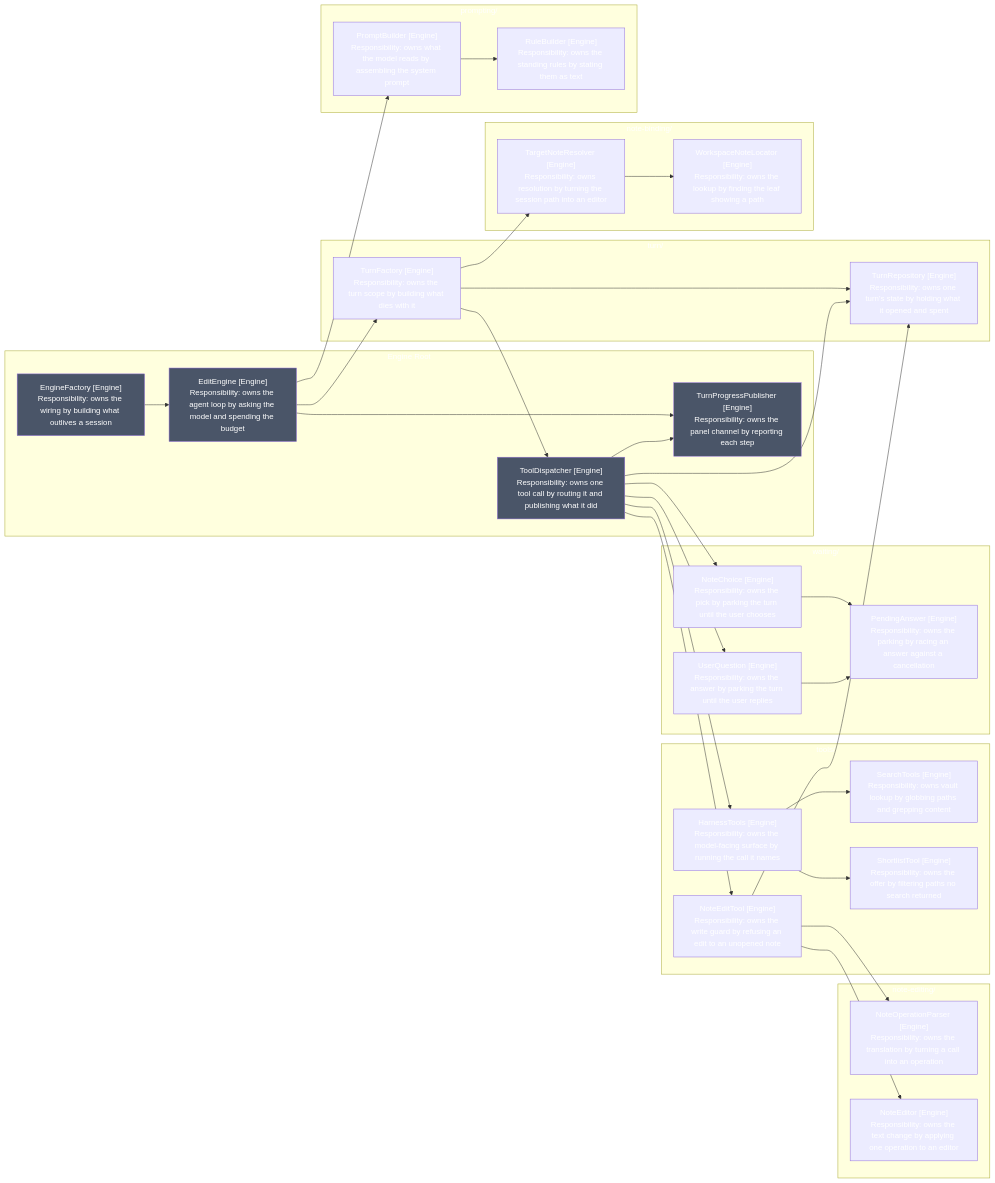
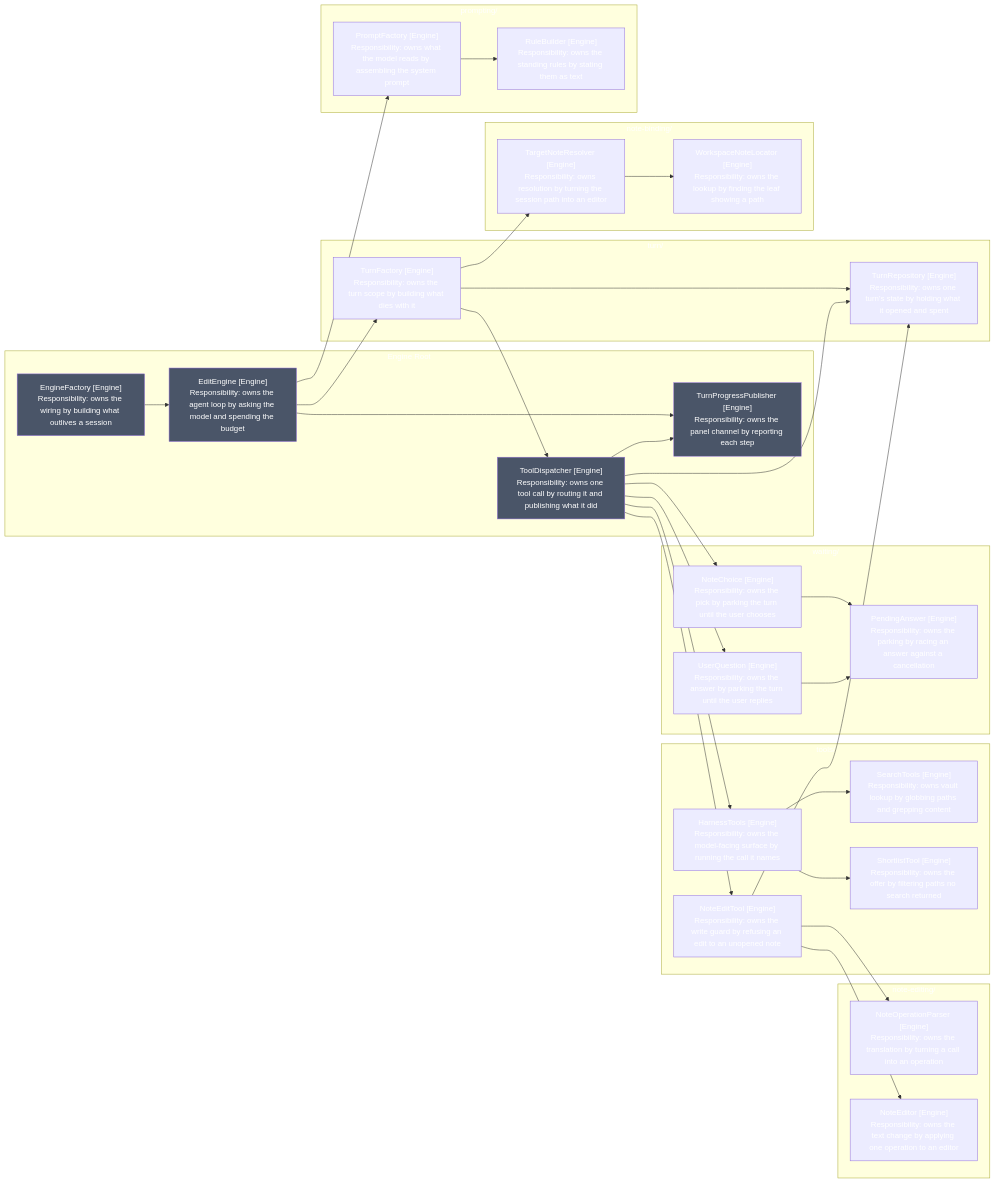
The first of 2 diagrams in docs/spec/15-architecture-cleanup/3-diagram.md (iparips/obsidian-owl), drawn with Mermaid before and after one commit. The commit also changed 26 other files, not shown here.

````diff
--- a/docs/spec/15-architecture-cleanup/3-diagram.md
+++ b/docs/spec/15-architecture-cleanup/3-diagram.md
@@ -5,68 +5,68 @@
 ```mermaid
 flowchart LR
     subgraph Root["Engine Root"]
         EditEngine["EditEngine [Engine]<br/>Responsibility: owns the agent loop by asking the model and spending the budget"]
         ToolDispatcher["ToolDispatcher [Engine]<br/>Responsibility: owns one tool call by routing it and publishing what it did"]
         EngineFactory["EngineFactory [Engine]<br/>Responsibility: owns the wiring by building what outlives a session"]
         Progress["TurnProgressPublisher [Engine]<br/>Responsibility: owns the panel channel by reporting each step"]
     end
 
     subgraph Turn["turn/"]
         TurnFactory["TurnFactory [Engine]<br/>Responsibility: owns the turn scope by building what dies with it"]
         TurnRepository["TurnRepository [Engine]<br/>Responsibility: owns one turn's state by holding what it opened and spent"]
     end
 
     subgraph Tools["tools/"]
         HarnessTools["HarnessTools [Engine]<br/>Responsibility: owns the model-facing surface by running the call it names"]
         SearchTools["SearchTools [Engine]<br/>Responsibility: owns vault lookup by globbing paths and grepping content"]
         ShortlistTool["ShortlistTool [Engine]<br/>Responsibility: owns the offer by filtering paths no search returned"]
         NoteEditTool["NoteEditTool [Engine]<br/>Responsibility: owns the write guard by refusing an edit to an unopened note"]
     end
 
     subgraph Waiting["waiting/"]
         NoteChoice["NoteChoice [Engine]<br/>Responsibility: owns the pick by parking the turn until the user chooses"]
         UserQuestion["UserQuestion [Engine]<br/>Responsibility: owns the answer by parking the turn until the user replies"]
         PendingAnswer["PendingAnswer [Engine]<br/>Responsibility: owns the parking by racing an answer against a cancellation"]
     end
 
     subgraph Editing["note-editing/"]
         NoteOperationParser["NoteOperationParser [Engine]<br/>Responsibility: owns the translation by turning a call into an operation"]
         NoteEditor["NoteEditor [Engine]<br/>Responsibility: owns the text change by applying one operation to an editor"]
     end
 
     subgraph Binding["note-binding/"]
         TargetNoteResolver["TargetNoteResolver [Engine]<br/>Responsibility: owns resolution by turning the session path into an editor"]
         WorkspaceNoteLocator["WorkspaceNoteLocator [Engine]<br/>Responsibility: owns the lookup by finding the leaf showing a path"]
     end
 
     subgraph Prompting["prompting/"]
-        PromptBuilder["PromptBuilder [Engine]<br/>Responsibility: owns what the model reads by assembling the system prompt"]
+        PromptFactory["PromptFactory [Engine]<br/>Responsibility: owns what the model reads by assembling the system prompt"]
         RuleBuilder["RuleBuilder [Engine]<br/>Responsibility: owns the standing rules by stating them as text"]
     end
 
     EngineFactory --> EditEngine
     EditEngine --> TurnFactory
-    EditEngine --> PromptBuilder
+    EditEngine --> PromptFactory
     EditEngine --> Progress
     TurnFactory --> TurnRepository
     TurnFactory --> ToolDispatcher
     TurnFactory --> TargetNoteResolver
     ToolDispatcher --> HarnessTools
     ToolDispatcher --> NoteEditTool
     ToolDispatcher --> NoteChoice
     ToolDispatcher --> UserQuestion
     ToolDispatcher --> TurnRepository
     ToolDispatcher --> Progress
     HarnessTools --> SearchTools
     HarnessTools --> ShortlistTool
     NoteChoice --> PendingAnswer
     UserQuestion --> PendingAnswer
     NoteEditTool --> NoteOperationParser
     NoteEditTool --> NoteEditor
     NoteEditTool --> TurnRepository
     TargetNoteResolver --> WorkspaceNoteLocator
-    PromptBuilder --> RuleBuilder
+    PromptFactory --> RuleBuilder
 
     classDef root fill:#4a5568,color:#fff
     class EditEngine,ToolDispatcher,EngineFactory,Progress root
 ```
````
